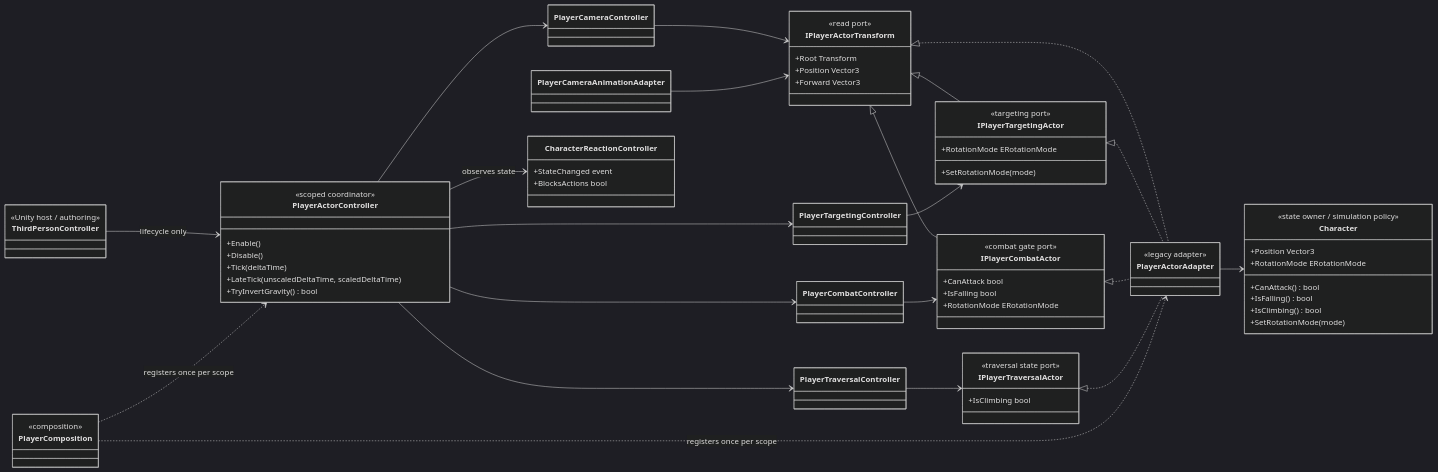
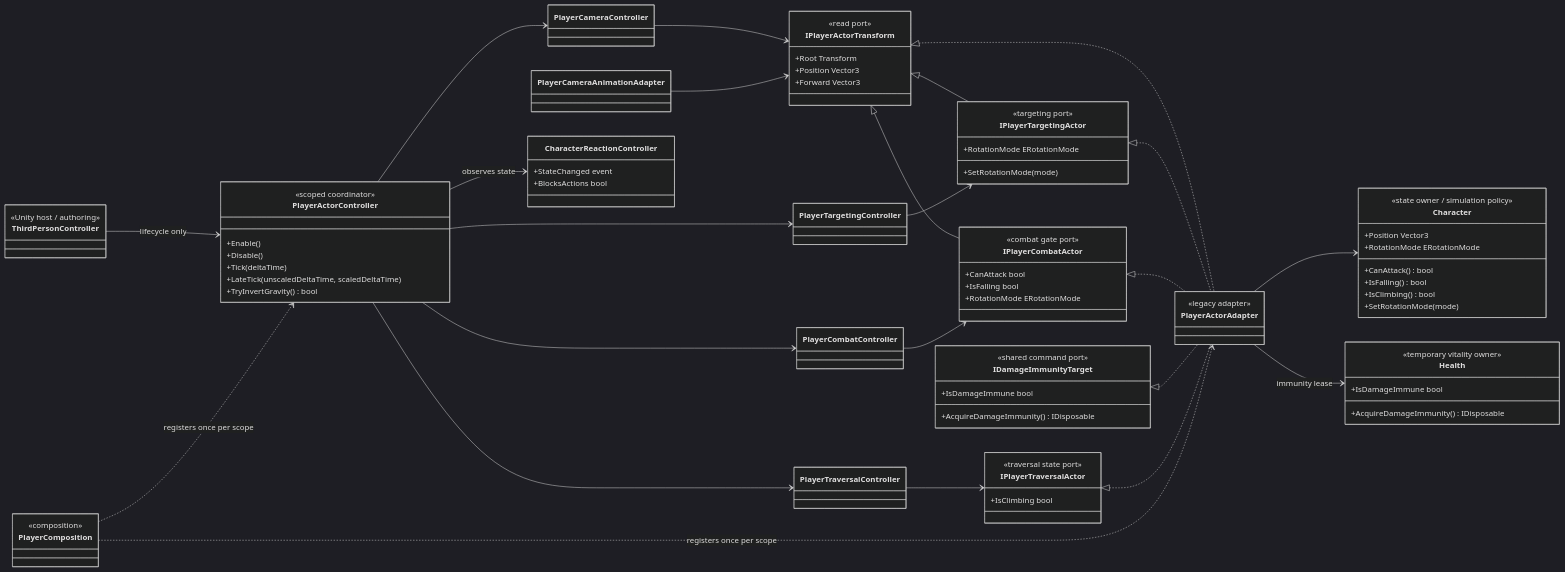
One commit to MaximFonariuc/project-s changed the first of 2 diagrams in Docs/Architecture/Player.ActorBoundary.md. Above: the diagram before and after it, drawn with Mermaid (dark theme). The commit also changed other lines of this file and 18 other files, not shown here.

```diff
--- a/Docs/Architecture/Player.ActorBoundary.md
+++ b/Docs/Architecture/Player.ActorBoundary.md
@@ -35,6 +35,11 @@
         <<traversal state port>>
         +IsClimbing bool
     }
+    class IDamageImmunityTarget {
+        <<shared command port>>
+        +IsDamageImmune bool
+        +AcquireDamageImmunity() IDisposable
+    }
     class PlayerActorAdapter {
         <<legacy adapter>>
     }
@@ -46,6 +51,11 @@
         +IsFalling() bool
         +IsClimbing() bool
         +SetRotationMode(mode)
+    }
+    class Health {
+        <<temporary vitality owner>>
+        +IsDamageImmune bool
+        +AcquireDamageImmunity() IDisposable
     }
     class PlayerCameraController
     class PlayerCameraAnimationAdapter
@@ -76,8 +86,10 @@
     IPlayerActorTransform <|.. PlayerActorAdapter
     IPlayerTargetingActor <|.. PlayerActorAdapter
     IPlayerCombatActor <|.. PlayerActorAdapter
+    IDamageImmunityTarget <|.. PlayerActorAdapter
     IPlayerTraversalActor <|.. PlayerActorAdapter
     PlayerActorAdapter --> Character
+    PlayerActorAdapter --> Health : immunity lease
     PlayerCameraController --> IPlayerActorTransform
     PlayerCameraAnimationAdapter --> IPlayerActorTransform
     PlayerTargetingController --> IPlayerTargetingActor
```
